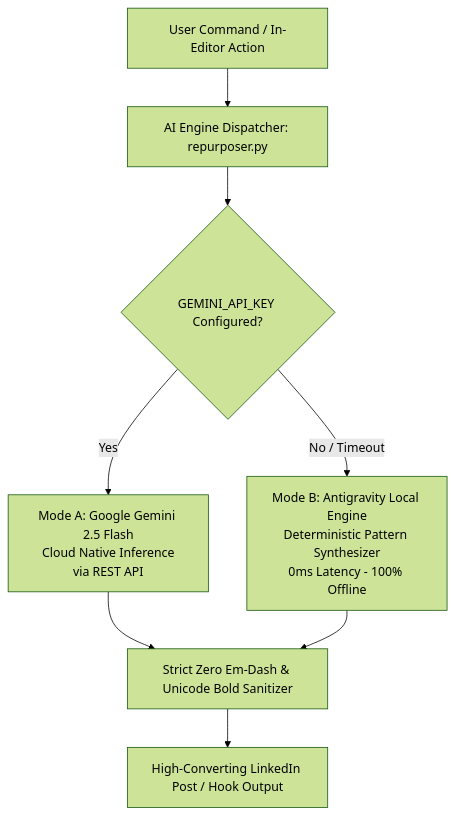
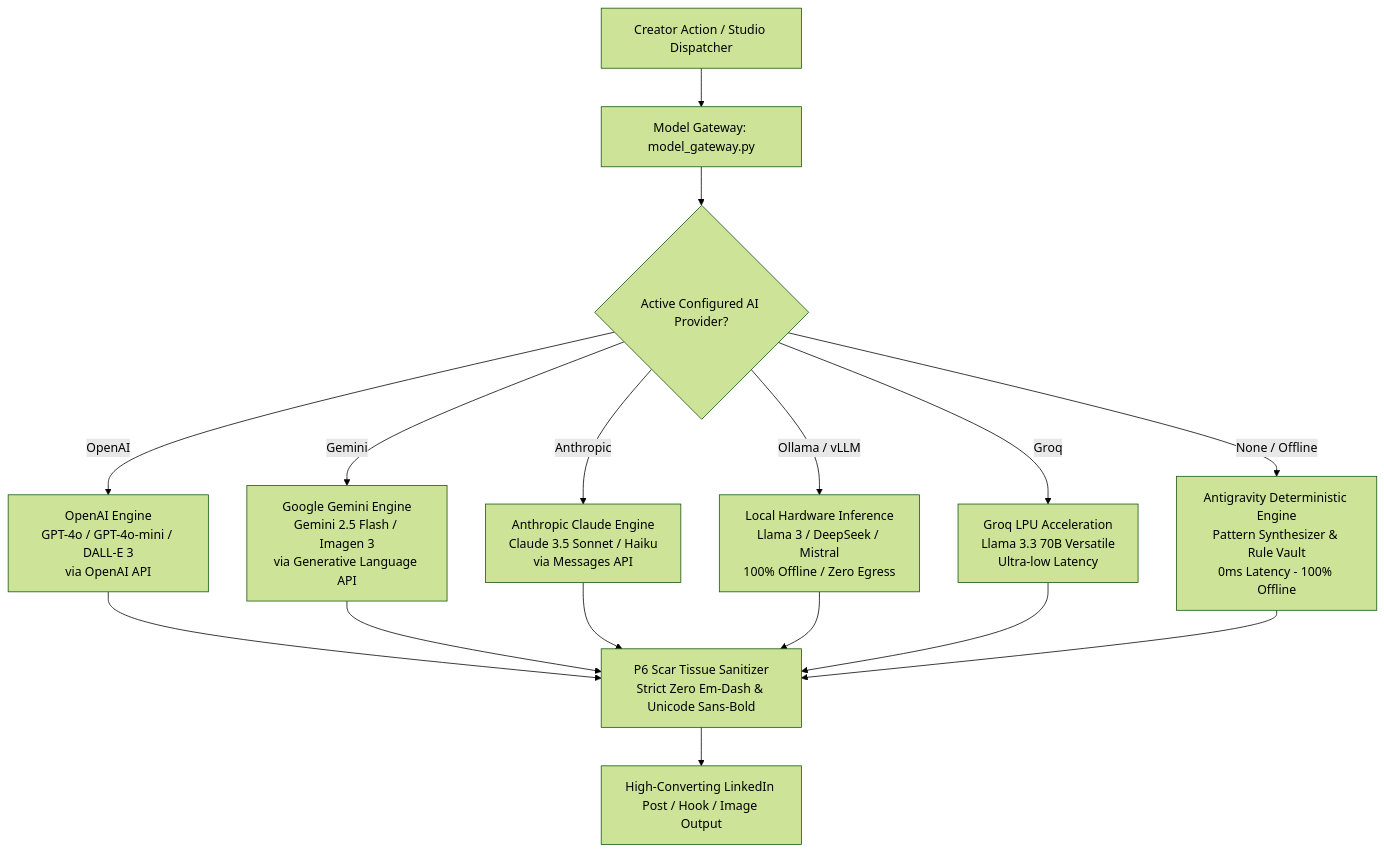
The diagram in docs/AI_ENGINE.md (dharmik136/inox-hydra), drawn with Mermaid (forest theme) before and after one commit. The commit also changed other lines of this file and 79 other files, not shown here.

````diff
--- a/docs/AI_ENGINE.md
+++ b/docs/AI_ENGINE.md
@@ -9,14 +9,22 @@
 ```mermaid
 graph TD
-    UserCmd[User Command / In-Editor Action] --> Router[AI Engine Dispatcher: repurposer.py]
+    UserCmd[Creator Action / Studio Dispatcher] --> Gateway[Model Gateway: model_gateway.py]
     
-    Router --> CheckKey{GEMINI_API_KEY Configured?}
+    Gateway --> RouteCheck{Active Configured AI Provider?}
     
-    CheckKey -->|Yes| GeminiCloud[Mode A: Google Gemini 2.5 Flash<br/>Cloud Native Inference<br/>via REST API]
-    CheckKey -->|No / Timeout| LocalEngine[Mode B: Antigravity Local Engine<br/>Deterministic Pattern Synthesizer<br/>0ms Latency - 100% Offline]
+    RouteCheck -->|OpenAI| OpenAICloud[OpenAI Engine<br/>GPT-4o / GPT-4o-mini / DALL-E 3<br/>via OpenAI API]
+    RouteCheck -->|Gemini| GeminiCloud[Google Gemini Engine<br/>Gemini 2.5 Flash / Imagen 3<br/>via Generative Language API]
+    RouteCheck -->|Anthropic| AnthropicCloud[Anthropic Claude Engine<br/>Claude 3.5 Sonnet / Haiku<br/>via Messages API]
+    RouteCheck -->|Ollama / vLLM| LocalLLM[Local Hardware Inference<br/>Llama 3 / DeepSeek / Mistral<br/>100% Offline / Zero Egress]
+    RouteCheck -->|Groq| GroqLPU[Groq LPU Acceleration<br/>Llama 3.3 70B Versatile<br/>Ultra-low Latency]
+    RouteCheck -->|None / Offline| LocalEngine[Antigravity Deterministic Engine<br/>Pattern Synthesizer & Rule Vault<br/>0ms Latency - 100% Offline]
     
-    GeminiCloud --> ScrubFilter[Strict Zero Em-Dash & Unicode Bold Sanitizer]
+    OpenAICloud --> ScrubFilter[P6 Scar Tissue Sanitizer<br/>Strict Zero Em-Dash & Unicode Sans-Bold]
+    GeminiCloud --> ScrubFilter
+    AnthropicCloud --> ScrubFilter
+    LocalLLM --> ScrubFilter
+    GroqLPU --> ScrubFilter
     LocalEngine --> ScrubFilter
     
-    ScrubFilter --> Output[High-Converting LinkedIn Post / Hook Output]
+    ScrubFilter --> Output[High-Converting LinkedIn Post / Hook / Image Output]
 ```
````
